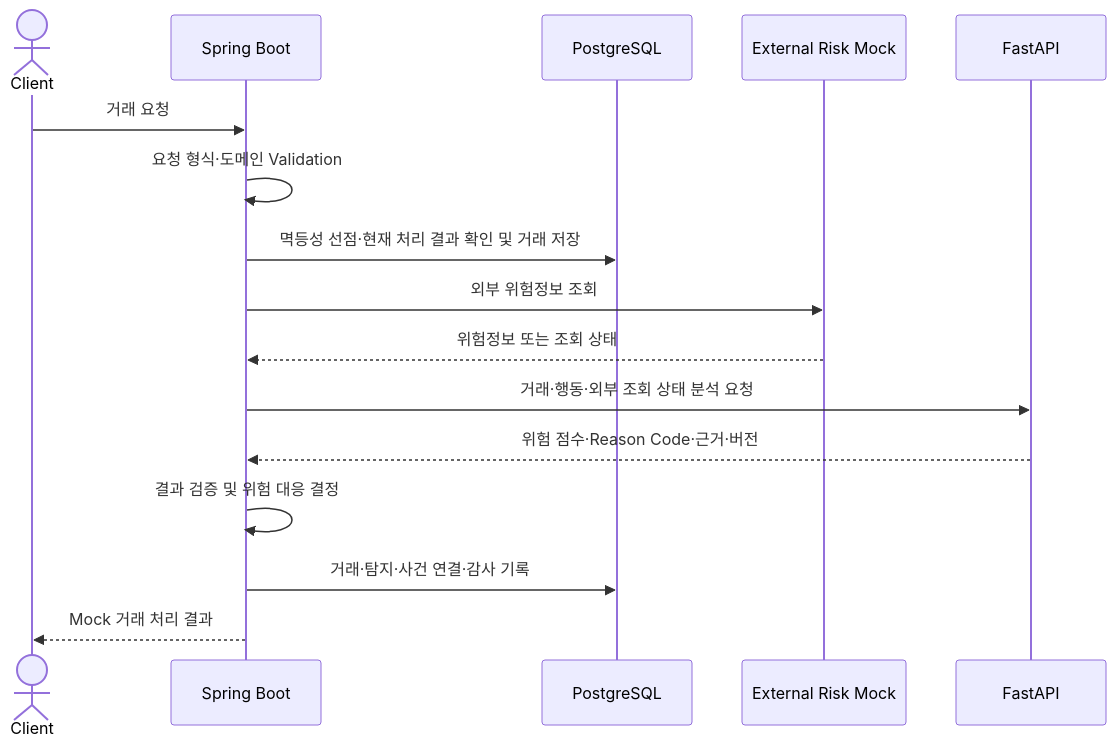
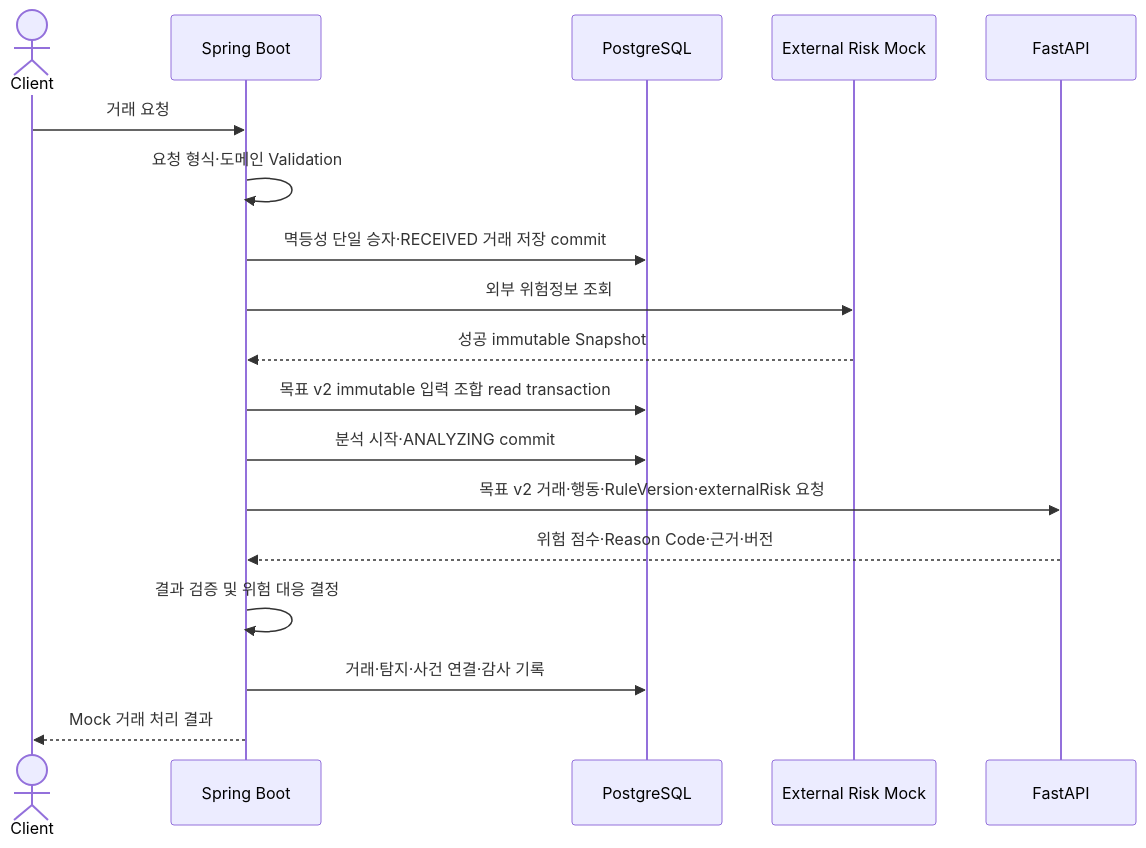
One commit to Ahnjisan/FinGuardOps changed the second of 4 diagrams in docs/02-architecture/system-architecture.md. Above: the diagram before and after it, drawn with Mermaid. The commit also changed other lines of this file and 16 other files, not shown here.

Commit message:
docs: define external risk rule analysis input contract (#160)

````diff
--- a/docs/02-architecture/system-architecture.md
+++ b/docs/02-architecture/system-architecture.md
@@ -627,19 +639,21 @@
 ```mermaid
 sequenceDiagram
     actor Client
     participant Spring as Spring Boot
     participant DB as PostgreSQL
     participant Risk as External Risk Mock
     participant AI as FastAPI
 
     Client->>Spring: 거래 요청
     Spring->>Spring: 요청 형식·도메인 Validation
-    Spring->>DB: 멱등성 선점·현재 처리 결과 확인 및 거래 저장
+    Spring->>DB: 멱등성 단일 승자·RECEIVED 거래 저장 commit
     Spring->>Risk: 외부 위험정보 조회
-    Risk-->>Spring: 위험정보 또는 조회 상태
-    Spring->>AI: 거래·행동·외부 조회 상태 분석 요청
+    Risk-->>Spring: 성공 immutable Snapshot
+    Spring->>DB: 목표 v2 immutable 입력 조합 read transaction
+    Spring->>DB: 분석 시작·ANALYZING commit
+    Spring->>AI: 목표 v2 거래·행동·RuleVersion·externalRisk 요청
     AI-->>Spring: 위험 점수·Reason Code·근거·버전
     Spring->>Spring: 결과 검증 및 위험 대응 결정
     Spring->>DB: 거래·탐지·사건 연결·감사 기록
     Spring-->>Client: Mock 거래 처리 결과
 ```
````
